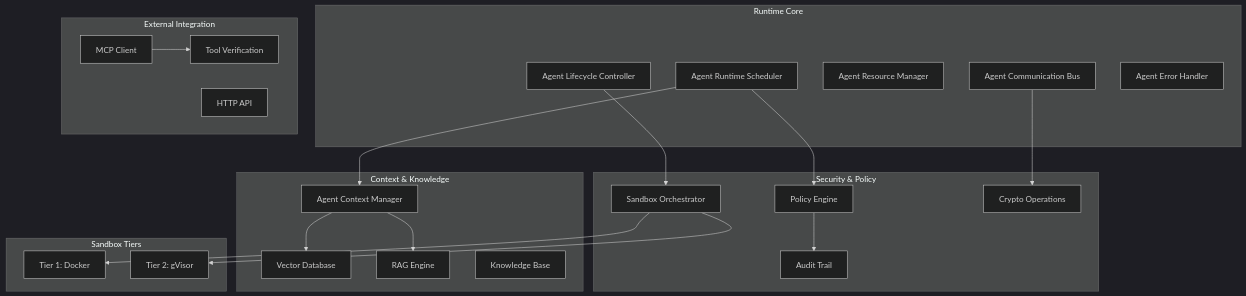
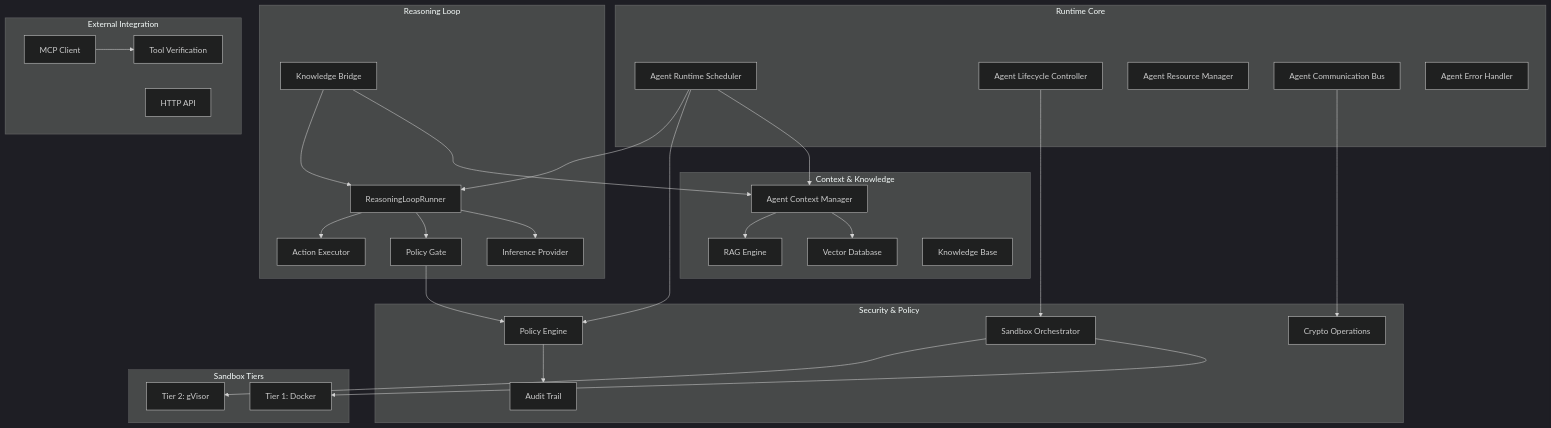
One commit to ThirdKeyAI/Symbiont changed the first of 4 diagrams in docs/runtime-architecture.md. Above: the diagram before and after it, drawn with Mermaid (dark theme). The commit also changed other lines of this file and 3 other files, not shown here.

Commit message:
Update docs for agentic reasoning loop and knowledge bridge

````diff
--- a/docs/runtime-architecture.md
+++ b/docs/runtime-architecture.md
@@ -45,46 +45,61 @@
 ```mermaid
 graph TB
     subgraph "Runtime Core"
         ARS[Agent Runtime Scheduler]
         ALC[Agent Lifecycle Controller]
         ARM[Agent Resource Manager]
         ACB[Agent Communication Bus]
         AEH[Agent Error Handler]
     end
-    
+
+    subgraph "Reasoning Loop"
+        RL[ReasoningLoopRunner]
+        IP[Inference Provider]
+        PG[Policy Gate]
+        AE[Action Executor]
+        KBR[Knowledge Bridge]
+    end
+
     subgraph "Context & Knowledge"
         ACM[Agent Context Manager]
         VDB[Vector Database]
         RAG[RAG Engine]
         KB[Knowledge Base]
     end
-    
+
     subgraph "Security & Policy"
         PE[Policy Engine]
         AT[Audit Trail]
         SO[Sandbox Orchestrator]
         CRYPTO[Crypto Operations]
     end
-    
+
     subgraph "External Integration"
         MCP[MCP Client]
         TV[Tool Verification]
         API[HTTP API]
     end
-    
+
     subgraph "Sandbox Tiers"
         T1[Tier 1: Docker]
         T2[Tier 2: gVisor]
     end
-    
+
     ARS --> ACM
     ARS --> PE
+    ARS --> RL
     ALC --> SO
     ACB --> CRYPTO
     ACM --> VDB
     ACM --> RAG
+    RL --> IP
+    RL --> PG
+    RL --> AE
+    KBR --> ACM
+    KBR --> RL
+    PG --> PE
     SO --> T1
     SO --> T2
     MCP --> TV
     PE --> AT
 ```
````
